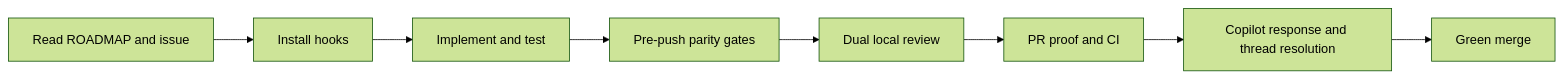
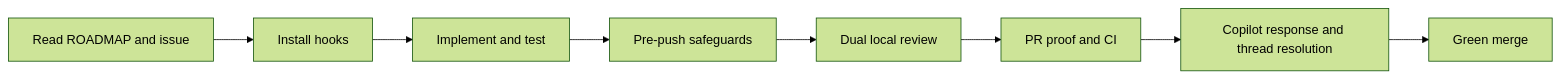
The diagram in .github/landing-proof/issue-131/README.md (drejom/landscapeR), drawn with Mermaid (forest theme) before and after one commit.

Commit message:
Align contributor workflow proof terminology

````diff
--- a/.github/landing-proof/issue-131/README.md
+++ b/.github/landing-proof/issue-131/README.md
@@ -22,10 +22,10 @@
 ```mermaid
 flowchart LR
     A[Read ROADMAP and issue] --> B[Install hooks]
     B --> C[Implement and test]
-    C --> D[Pre-push parity gates]
+    C --> D[Pre-push safeguards]
     D --> E[Dual local review]
     E --> F[PR proof and CI]
     F --> G[Copilot response and thread resolution]
     G --> H[Green merge]
 ```
````
